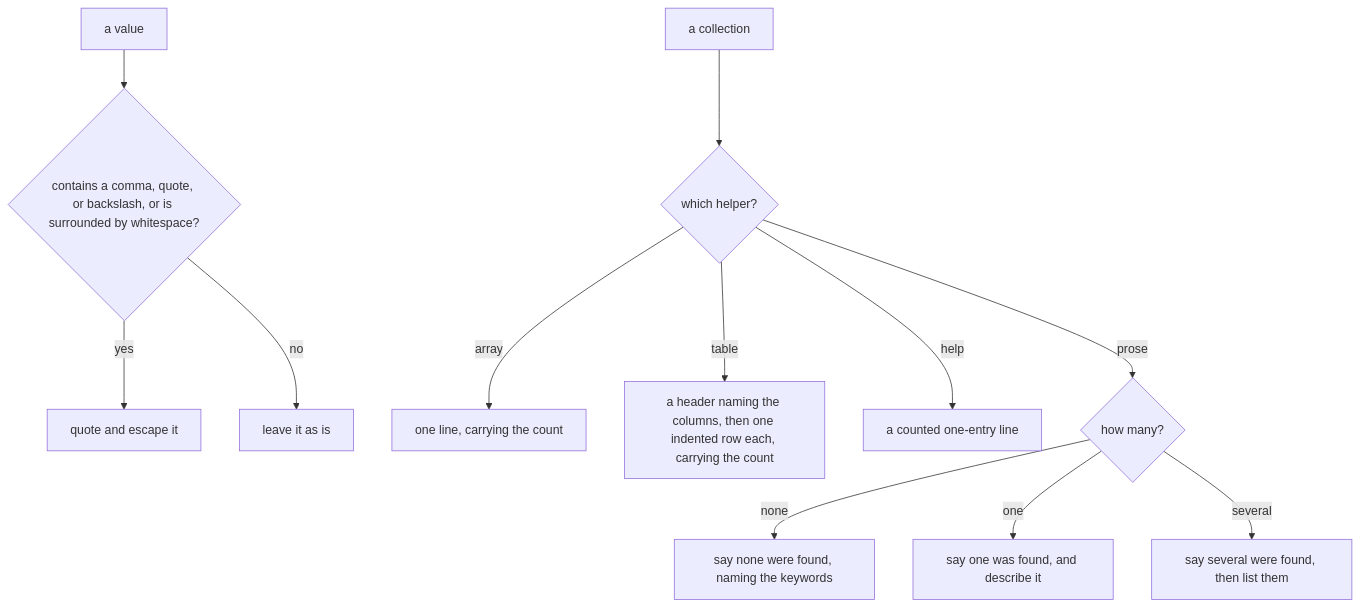
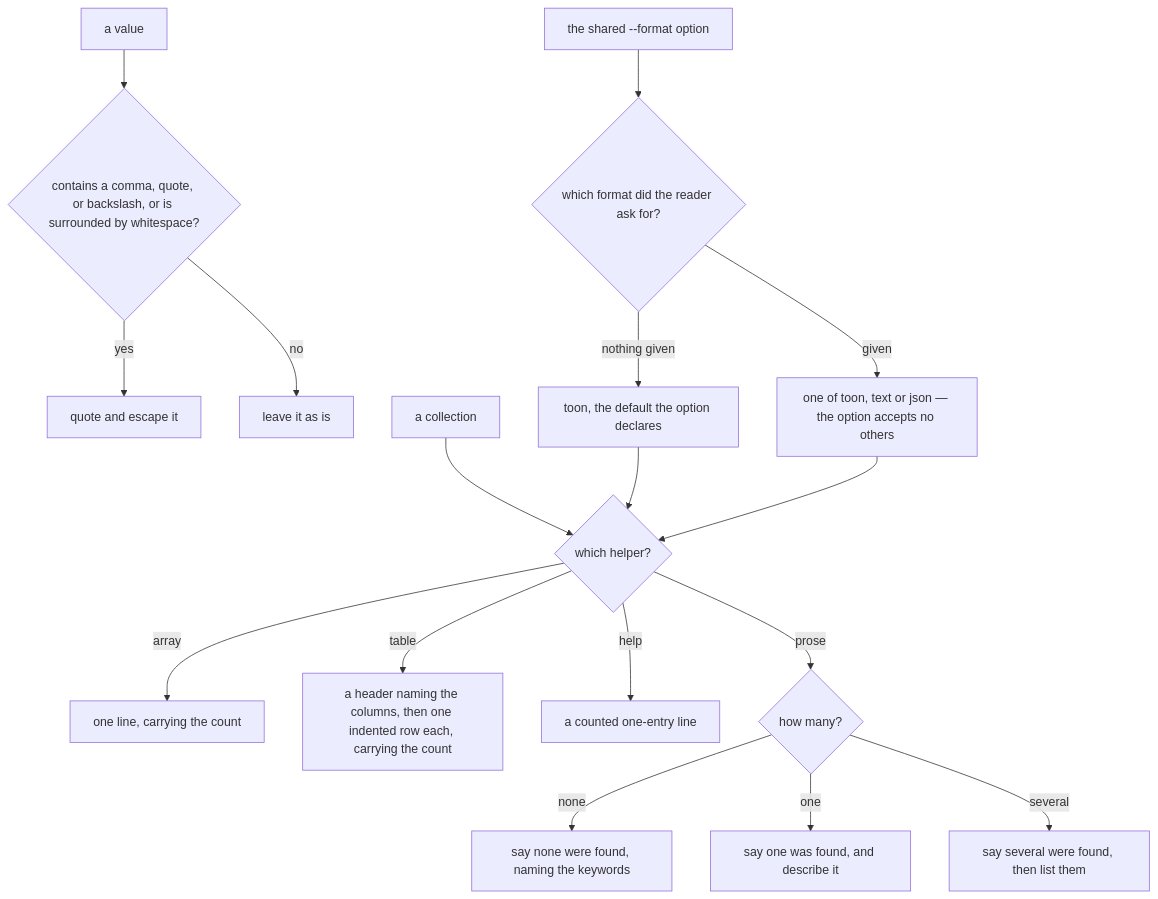
The fifth of 6 diagrams in packages/clibuilder/.agents/spec/presentation/README.md (clibuilder/clibuilder), drawn with Mermaid before and after one commit. The commit also changed other lines of this file, not shown here.

````diff
--- a/packages/clibuilder/.agents/spec/presentation/README.md
+++ b/packages/clibuilder/.agents/spec/presentation/README.md
@@ -248,14 +284,19 @@
 ```mermaid
 graph TD
   V[a value] --> AMB{"contains a comma, quote, or backslash, or is surrounded by whitespace?"}
   AMB -- yes --> Q[quote and escape it]
   AMB -- no --> RAW[leave it as is]
   C[a collection] --> SH{which helper?}
   SH -- array --> TA[one line, carrying the count]
   SH -- table --> TT[a header naming the columns, then one indented row each, carrying the count]
   SH -- help --> TH2[a counted one-entry line]
   SH -- prose --> N{how many?}
   N -- none --> P0[say none were found, naming the keywords]
   N -- one --> P1[say one was found, and describe it]
   N -- several --> P2[say several were found, then list them]
+  FO["the shared --format option"] --> WF{which format did the reader ask for?}
+  WF -- "nothing given" --> FDEF[toon, the default the option declares]
+  WF -- given --> FGIV["one of toon, text or json — the option accepts no others"]
+  FDEF --> SH
+  FGIV --> SH
 ```
````
